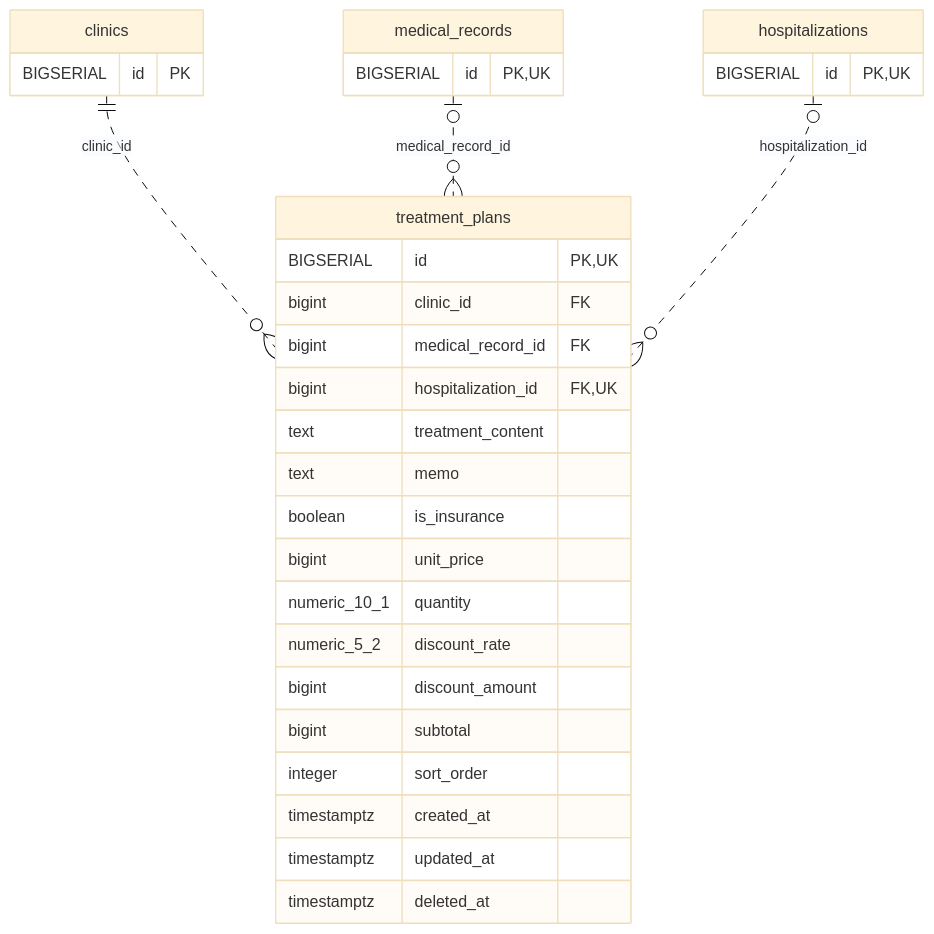
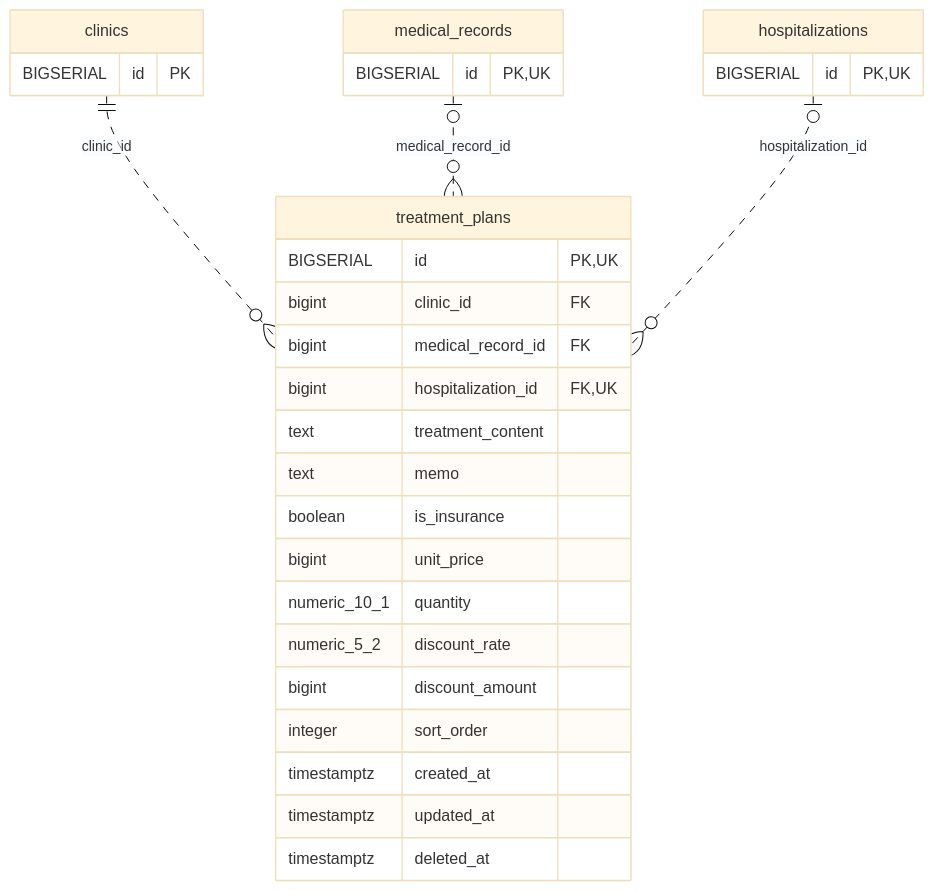
One commit to MinoruSoga/AnimalEkarte changed the diagram in docs/architecture/erd-detail/treatment_plans.md. Above: the diagram before and after it, drawn with Mermaid (base theme). The commit also changed other lines of this file and 147 other files, not shown here.

````diff
--- a/docs/architecture/erd-detail/treatment_plans.md
+++ b/docs/architecture/erd-detail/treatment_plans.md
@@ -39,33 +38,32 @@
 ```mermaid
 erDiagram
     treatment_plans {
         BIGSERIAL id PK,UK
         bigint clinic_id FK
         bigint medical_record_id FK
         bigint hospitalization_id FK,UK
         text treatment_content
         text memo
         boolean is_insurance
         bigint unit_price
         numeric_10_1 quantity
         numeric_5_2 discount_rate
         bigint discount_amount
-        bigint subtotal
         integer sort_order
         timestamptz created_at
         timestamptz updated_at
         timestamptz deleted_at
     }
     clinics {
         BIGSERIAL id PK
     }
     hospitalizations {
         BIGSERIAL id PK,UK
     }
     medical_records {
         BIGSERIAL id PK,UK
     }
     clinics ||..o{ treatment_plans : "clinic_id"
     medical_records o|..o{ treatment_plans : "medical_record_id"
     hospitalizations o|..o{ treatment_plans : "hospitalization_id"
 ```
````
